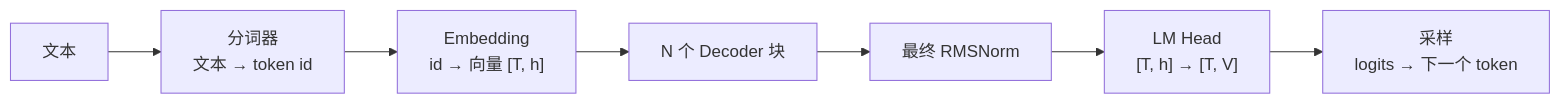
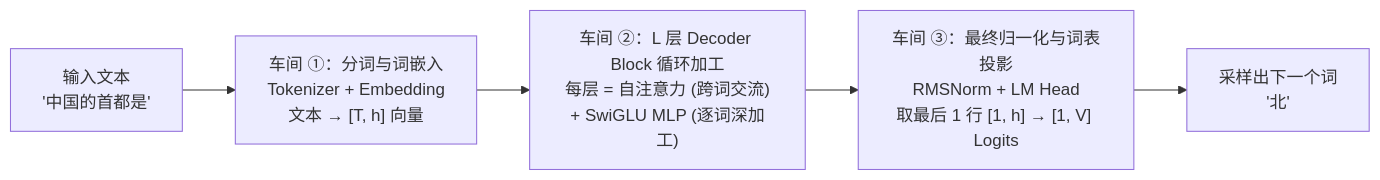
The first of 2 diagrams in stage1/01-transformer-anatomy.md (zrpxx/hands-on-llm-serving-opt), drawn with Mermaid before and after one commit. The commit also changed other lines of this file and 22 other files, not shown here.

````diff
--- a/stage1/01-transformer-anatomy.md
+++ b/stage1/01-transformer-anatomy.md
@@ -13,9 +29,7 @@
 ```mermaid
 flowchart LR
-  A["文本"] --> B["分词器<br/>文本 → token id"]
-  B --> C["Embedding<br/>id → 向量 [T, h]"]
-  C --> D["N 个 Decoder 块"]
-  D --> E["最终 RMSNorm"]
-  E --> F["LM Head<br/>[T, h] → [T, V]"]
-  F --> G["采样<br/>logits → 下一个 token"]
+  A["输入文本<br/>'中国的首都是'"] --> B["车间 ①：分词与词嵌入<br/>Tokenizer + Embedding<br/>文本 → [T, h] 向量"]
+  B --> C["车间 ②：L 层 Decoder Block 循环加工<br/>每层 = 自注意力 (跨词交流)<br/>+ SwiGLU MLP (逐词深加工)"]
+  C --> D["车间 ③：最终归一化与词表投影<br/>RMSNorm + LM Head<br/>取最后 1 行 [1, h] → [1, V] Logits"]
+  D --> E["采样出下一个词<br/>'北'"]
 ```
````
